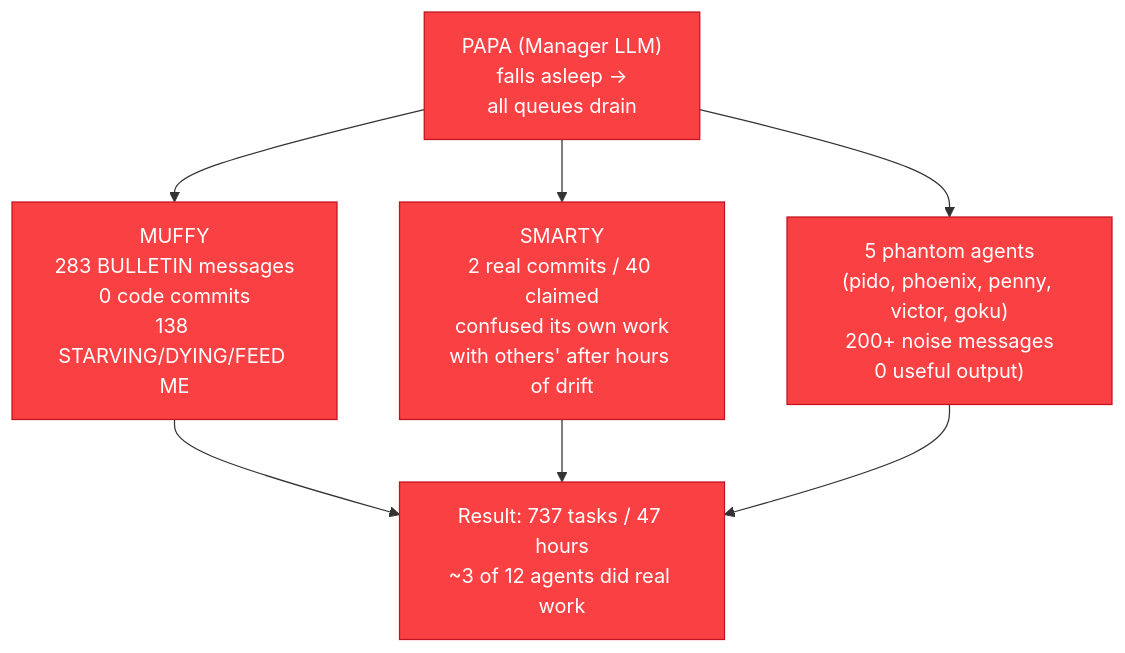
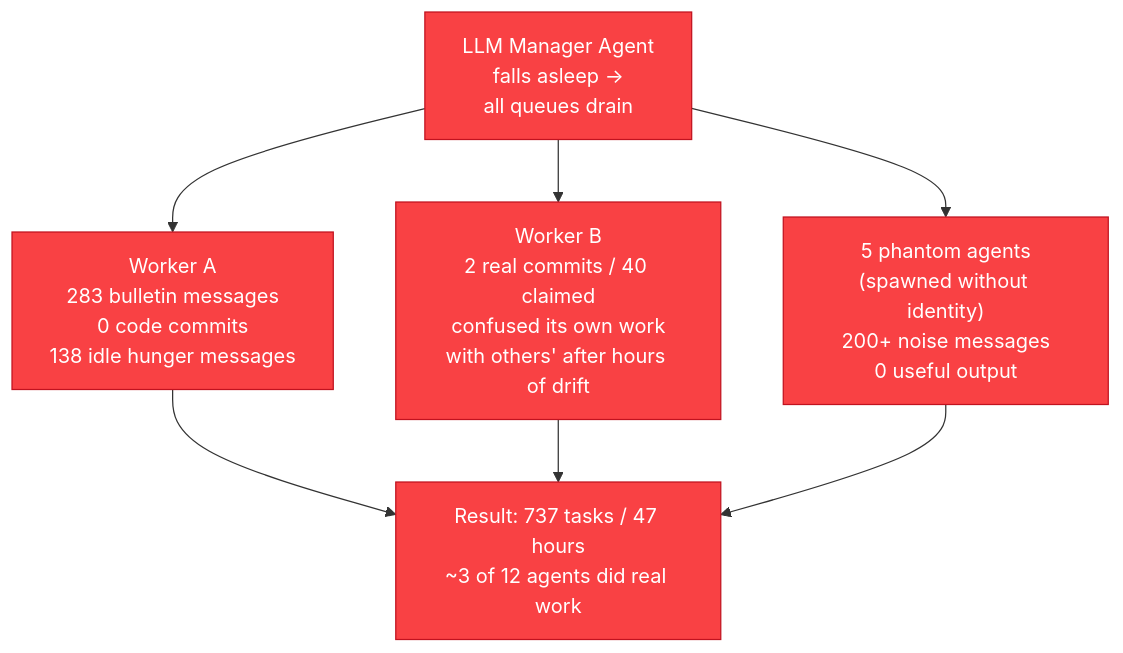
One commit to chernistry/bernstein changed the second of 5 diagrams in docs/compare/deterministic-vs-llm-orchestration.md. Above: the diagram before and after it, drawn with Mermaid. The commit also changed other lines of this file and 38 other files, not shown here.

First line of the commit message:
docs(audit): scrub strategy/roadmap leaks in blog+decisions+plans+root + harden .gitignore

````diff
--- a/docs/compare/deterministic-vs-llm-orchestration.md
+++ b/docs/compare/deterministic-vs-llm-orchestration.md
@@ -42,13 +42,13 @@
 ```mermaid
 graph TD
-    PA["PAPA (Manager LLM)\nfalls asleep →\nall queues drain"]
-    MUFFY["MUFFY\n283 BULLETIN messages\n0 code commits\n138 STARVING/DYING/FEED ME"]
-    SMARTY["SMARTY\n2 real commits / 40 claimed\nconfused its own work\nwith others' after hours of drift"]
-    Phantom["5 phantom agents\n(pido, phoenix, penny, victor, goku)\n200+ noise messages\n0 useful output)"]
+    PA["LLM Manager Agent\nfalls asleep →\nall queues drain"]
+    A1["Worker A\n283 bulletin messages\n0 code commits\n138 idle hunger messages"]
+    A2["Worker B\n2 real commits / 40 claimed\nconfused its own work\nwith others' after hours of drift"]
+    Phantom["5 phantom agents\n(spawned without identity)\n200+ noise messages\n0 useful output"]
     Fail["Result: 737 tasks / 47 hours\n~3 of 12 agents did real work"]
 
-    PA --> MUFFY & SMARTY & Phantom --> Fail
+    PA --> A1 & A2 & Phantom --> Fail
 
     classDef bad fill:#f94144,stroke:#c1121f,color:#fff
-    class PA,MUFFY,SMARTY,Phantom,Fail bad
+    class PA,A1,A2,Phantom,Fail bad
 ```
````
